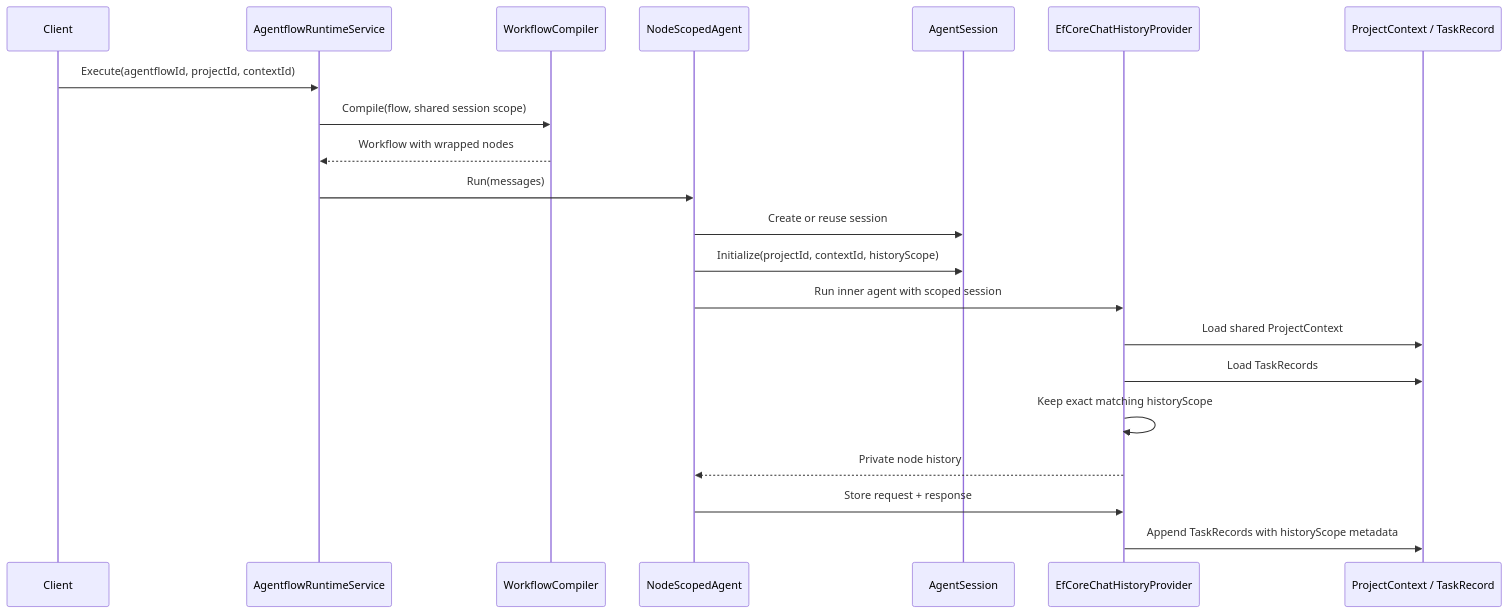
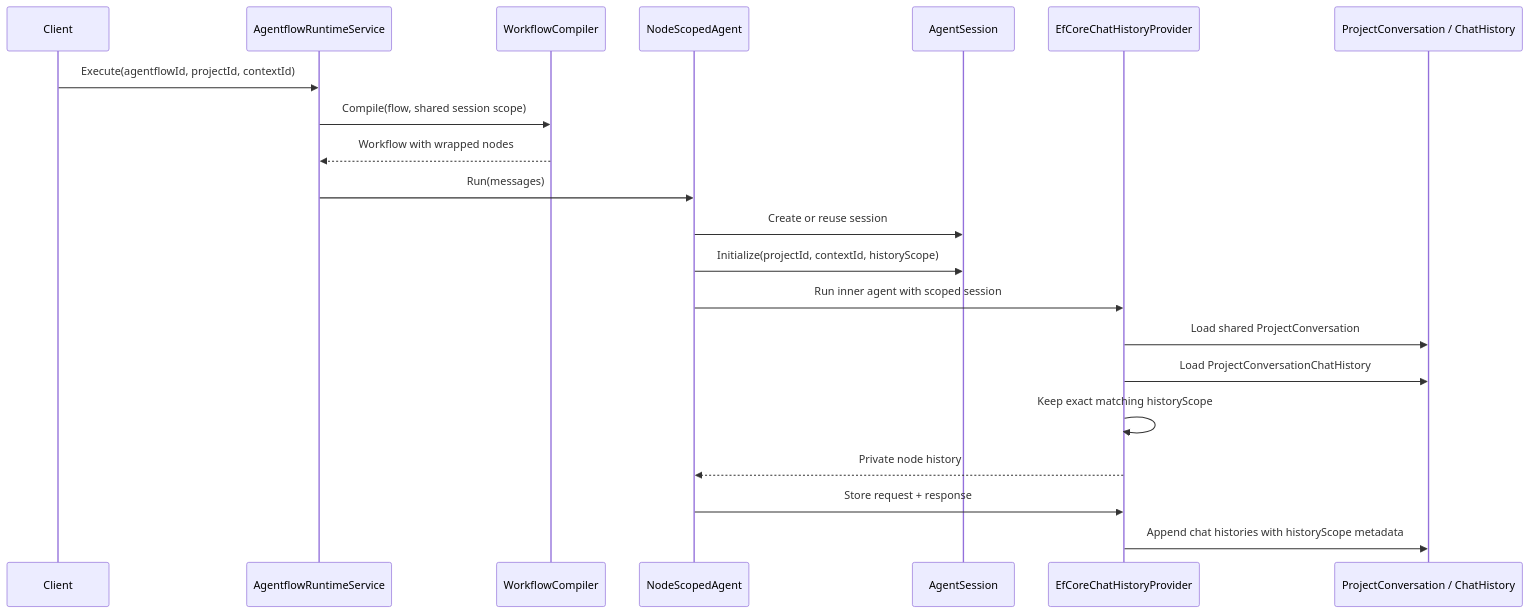
One commit to zxyao145/agw changed the third of 5 diagrams in docs/proposals/2026-07-14-agentflow-workflow-context-isolation.md. Above: the diagram before and after it, drawn with Mermaid. The commit also changed other lines of this file and 9 other files, not shown here.

````diff
--- a/docs/proposals/2026-07-14-agentflow-workflow-context-isolation.md
+++ b/docs/proposals/2026-07-14-agentflow-workflow-context-isolation.md
@@ -277,24 +278,24 @@
 ```mermaid
 sequenceDiagram
     participant Client
     participant Runtime as AgentflowRuntimeService
     participant Compiler as WorkflowCompiler
     participant Node as NodeScopedAgent
     participant Session as AgentSession
     participant History as EfCoreChatHistoryProvider
-    participant DB as ProjectContext / TaskRecord
+    participant DB as ProjectConversation / ChatHistory
 
     Client->>Runtime: Execute(agentflowId, projectId, contextId)
     Runtime->>Compiler: Compile(flow, shared session scope)
     Compiler-->>Runtime: Workflow with wrapped nodes
     Runtime->>Node: Run(messages)
     Node->>Session: Create or reuse session
     Node->>Session: Initialize(projectId, contextId, historyScope)
     Node->>History: Run inner agent with scoped session
-    History->>DB: Load shared ProjectContext
-    History->>DB: Load TaskRecords
+    History->>DB: Load shared ProjectConversation
+    History->>DB: Load ProjectConversationChatHistory
     History->>History: Keep exact matching historyScope
     History-->>Node: Private node history
     Node->>History: Store request + response
-    History->>DB: Append TaskRecords with historyScope metadata
+    History->>DB: Append chat histories with historyScope metadata
 ```
````
